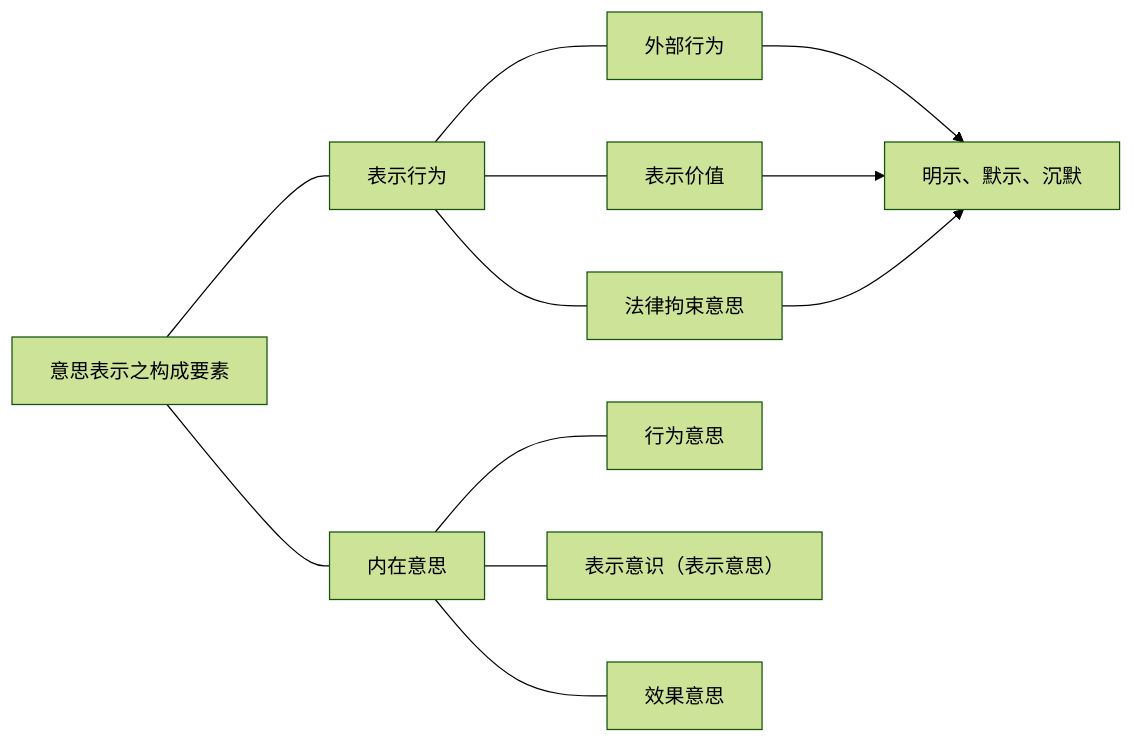
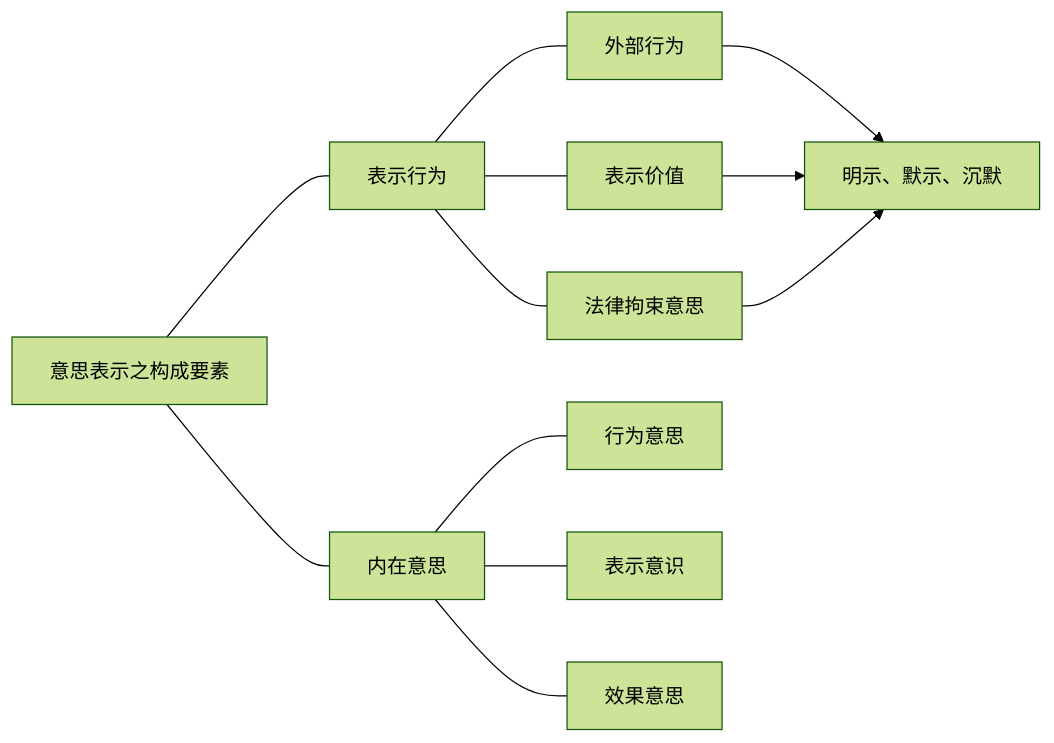
The first of 2 diagrams in 课堂笔记/民法笔记/金可可民法/民法总则/法律事实、法律行为与代理/意思表示/意思表示之构成要素.md (fish-forget-senven/law-obsidian), drawn with Mermaid (forest theme) before and after one commit. The commit also changed 14 other files, not shown here.

````diff
--- a/课堂笔记/民法笔记/金可可民法/民法总则/法律事实、法律行为与代理/意思表示/意思表示之构成要素.md
+++ b/课堂笔记/民法笔记/金可可民法/民法总则/法律事实、法律行为与代理/意思表示/意思表示之构成要素.md
@@ -4,17 +4,17 @@
 ```mermaid
 flowchart LR
 1[意思表示之构成要素]
 2[表示行为]
 3[内在意思]
 1---2 & 3
 4[外部行为]
 5[表示价值]
 6[法律拘束意思]
 2---4 & 5 & 6
 7["明示、默示、沉默"]
 4 & 5 & 6-->7
 8[行为意思]
-9["表示意识（表示意思）"]
+9["表示意识"]
 10[效果意思]
 3---8 & 9 & 10
 ```
````
